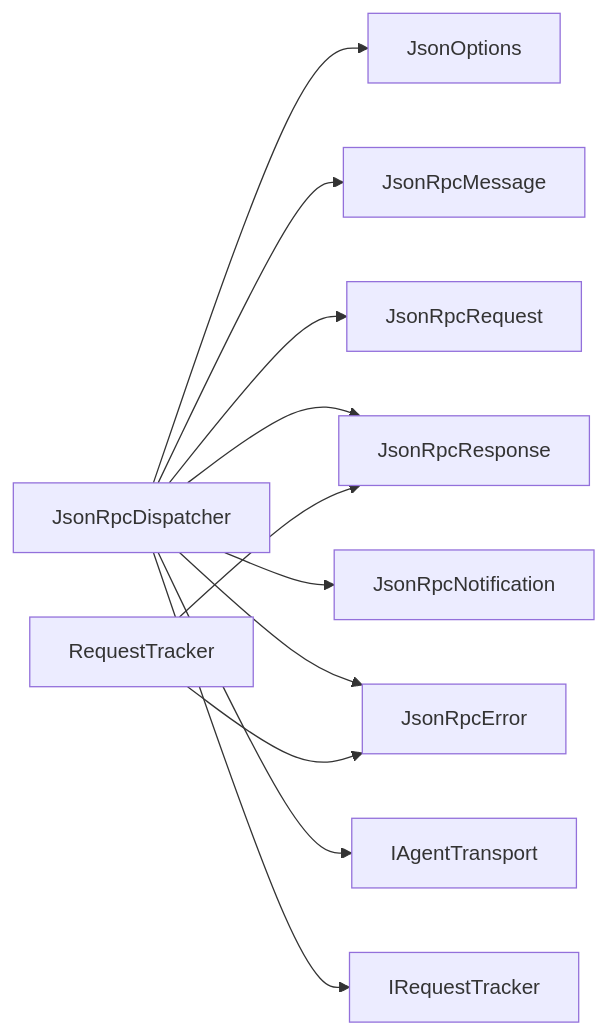
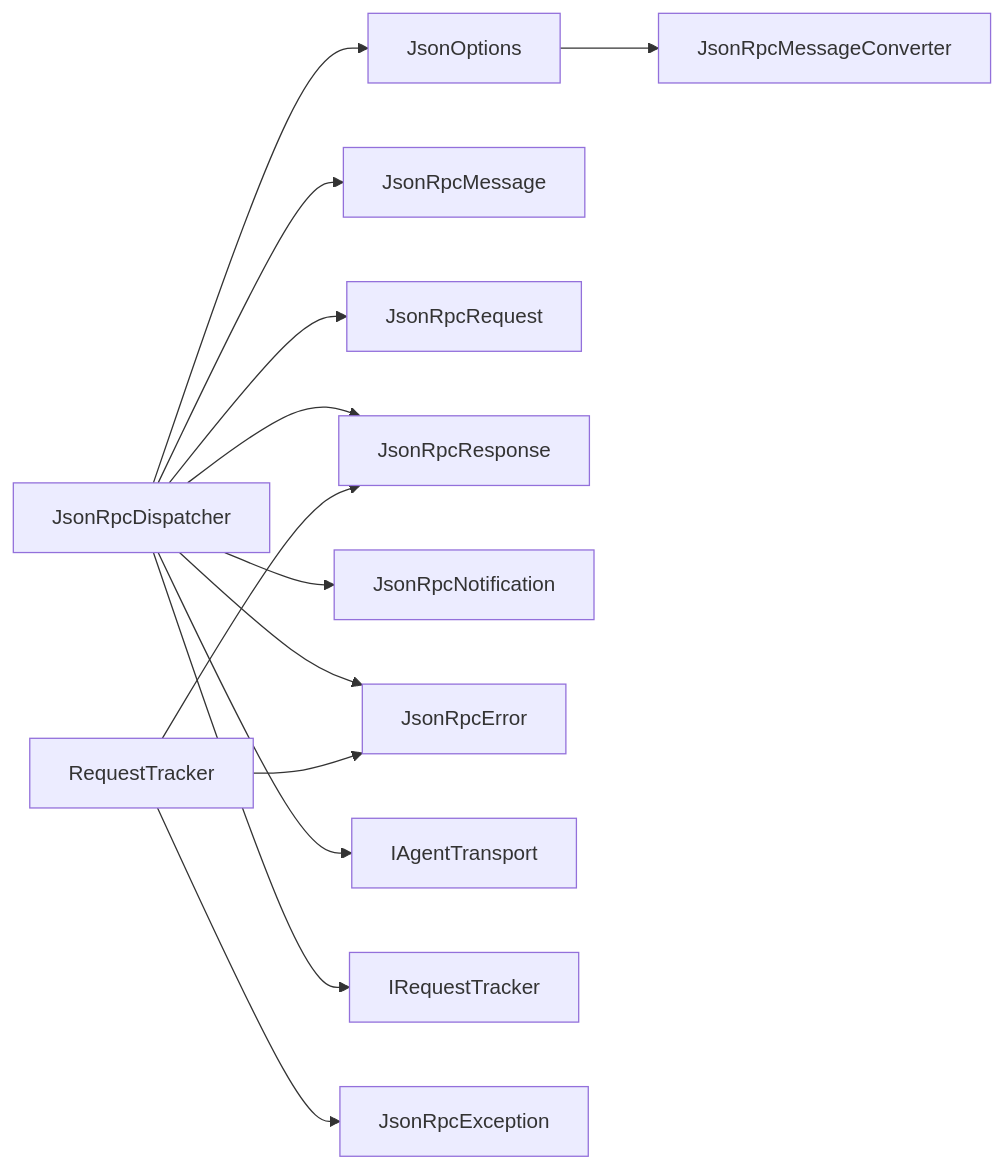
One commit to AgenticDesktop/ACPLibrary changed the seventh of 7 diagrams in .qoder/repowiki/zh/content/协议层/协议层.md. Above: the diagram before and after it, drawn with Mermaid. The commit also changed other lines of this file and 22 other files, not shown here.

````diff
--- a/.qoder/repowiki/zh/content/协议层/协议层.md
+++ b/.qoder/repowiki/zh/content/协议层/协议层.md
@@ -334,13 +385,15 @@
 ```mermaid
 graph LR
 JD["JsonRpcDispatcher"] --> IOpt["JsonOptions"]
 JD --> IMsg["JsonRpcMessage"]
 JD --> IReq["JsonRpcRequest"]
 JD --> IRes["JsonRpcResponse"]
 JD --> INot["JsonRpcNotification"]
 JD --> IErr["JsonRpcError"]
 JD --> ITr["IAgentTransport"]
 JD --> ITrack["IRequestTracker"]
 RT["RequestTracker"] --> IRes
 RT --> IErr
+RT --> JExc["JsonRpcException"]
+IOpt --> Conv["JsonRpcMessageConverter"]
 ```
````
